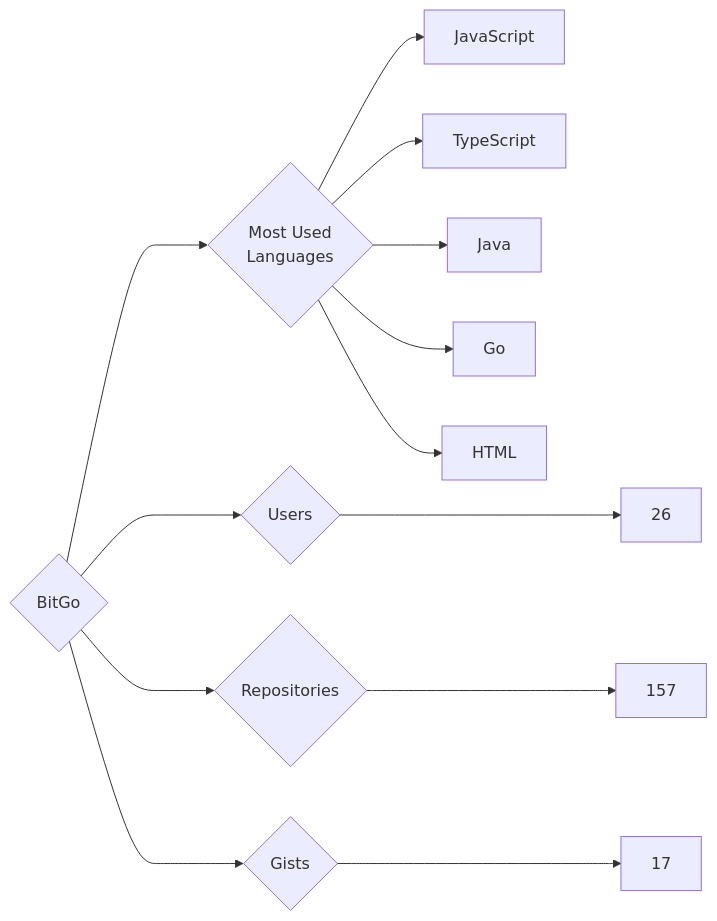
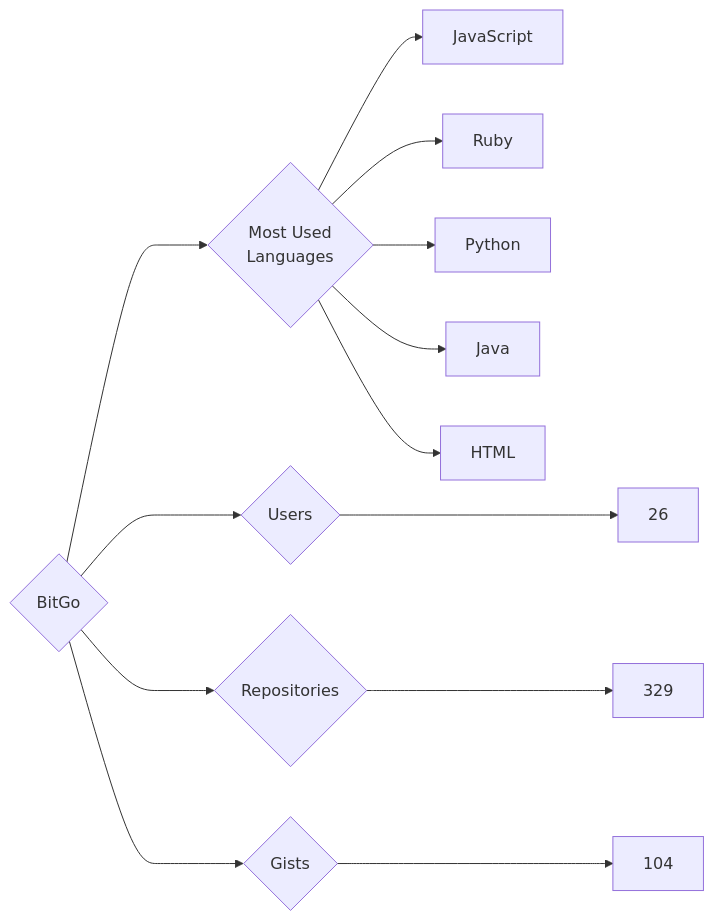
One commit to trickest/insiders changed the diagram in targets/BitGo/README.md. Above: the diagram before and after it, drawn with Mermaid. The commit also changed 965 other files, not shown here.

````diff
--- a/targets/BitGo/README.md
+++ b/targets/BitGo/README.md
@@ -3,13 +3,13 @@
 ```mermaid
 graph LR
 COMPANY_NAME{BitGo}
 COMPANY_NAME ---> U{Users} ---> UN[26]
-COMPANY_NAME ---> R{Repositories} ---> RN[157]
-COMPANY_NAME ---> G{Gists} ---> GN[17]
+COMPANY_NAME ---> R{Repositories} ---> RN[329]
+COMPANY_NAME ---> G{Gists} ---> GN[104]
 COMPANY_NAME ---> ML{Most Used<br>Languages}
 ML --> JavaScript[JavaScript]
-ML --> TypeScript[TypeScript]
+ML --> Ruby[Ruby]
+ML --> Python[Python]
 ML --> Java[Java]
-ML --> Go[Go]
 ML --> HTML[HTML]
 ```
````
